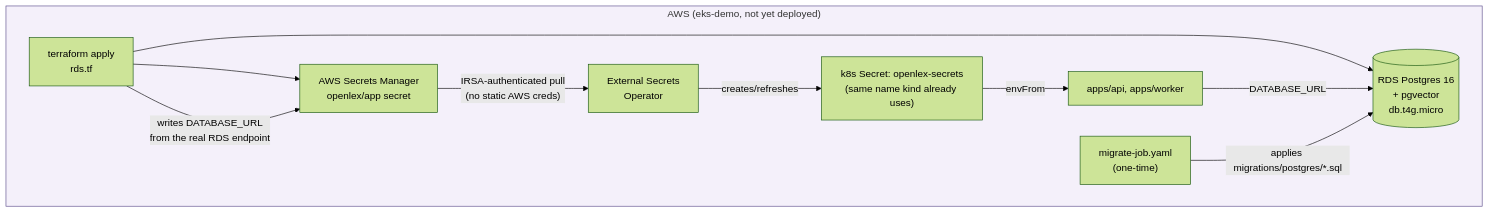
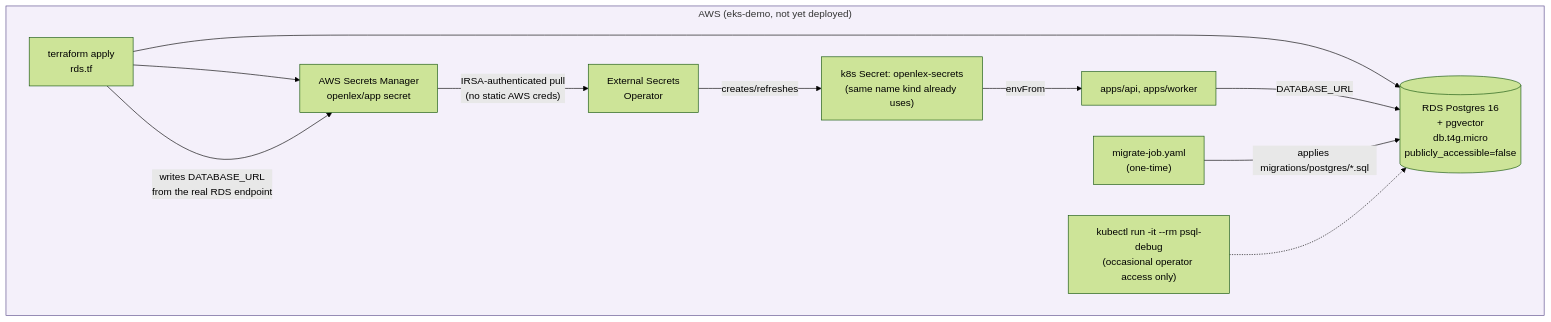
The first of 2 diagrams in docs/superpowers/specs/2026-07-14-phase7-aws-rds-secrets-manager-design.md (rozdolsky33/OpenLex), drawn with Mermaid (forest theme) before and after one commit. The commit also changed other lines of this file, not shown here.

````diff
--- a/docs/superpowers/specs/2026-07-14-phase7-aws-rds-secrets-manager-design.md
+++ b/docs/superpowers/specs/2026-07-14-phase7-aws-rds-secrets-manager-design.md
@@ -75,15 +75,16 @@
 ```mermaid
 flowchart TB
     subgraph AWS["AWS (eks-demo, not yet deployed)"]
-        TF["terraform apply<br/>rds.tf"] --> RDS[("RDS Postgres 16<br/>+ pgvector<br/>db.t4g.micro")]
+        TF["terraform apply<br/>rds.tf"] --> RDS[("RDS Postgres 16<br/>+ pgvector<br/>db.t4g.micro<br/>publicly_accessible=false")]
         TF --> SM["AWS Secrets Manager<br/>openlex/app secret"]
         TF -- "writes DATABASE_URL<br/>from the real RDS endpoint" --> SM
         SM -- "IRSA-authenticated pull<br/>(no static AWS creds)" --> ESO["External Secrets<br/>Operator"]
         ESO -- "creates/refreshes" --> K8S["k8s Secret: openlex-secrets<br/>(same name kind already uses)"]
         K8S -- "envFrom" --> API["apps/api, apps/worker"]
         API -- "DATABASE_URL" --> RDS
         MigJob["migrate-job.yaml<br/>(one-time)"] -- "applies migrations/postgres/*.sql" --> RDS
+        Debug["kubectl run -it --rm psql-debug<br/>(occasional operator access only)"] -.-> RDS
     end
 
     style AWS fill:#f4f0fa,stroke:#5a4a8a
 ```
````
